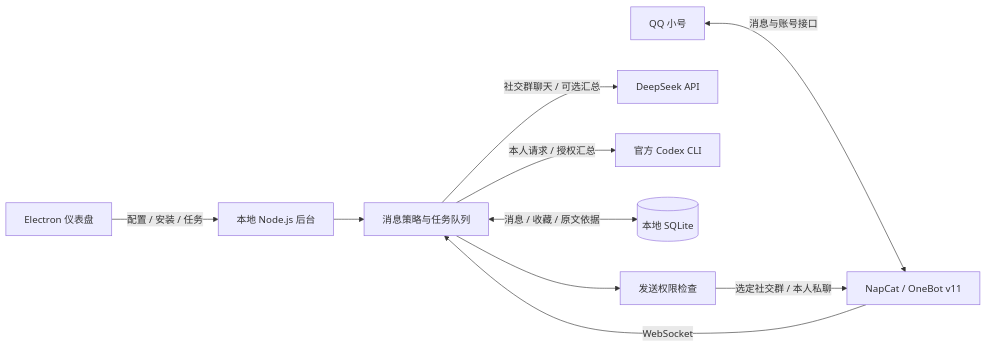
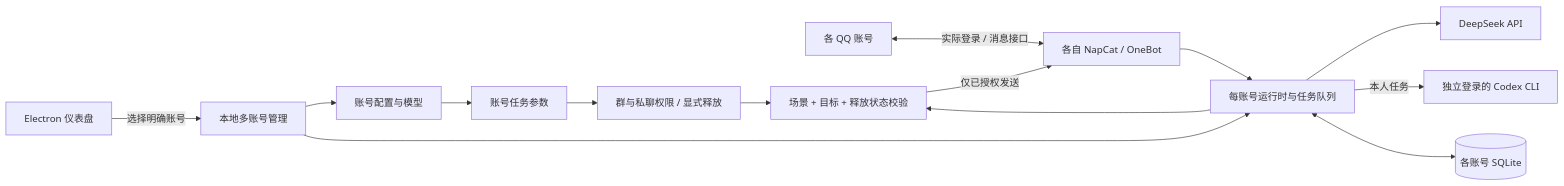
Before and after one commit to klwb360/QQ_Service: the diagram in README.md, drawn with Mermaid. The commit also changed other lines of this file and 36 other files, not shown here.

````diff
--- a/README.md
+++ b/README.md
@@ -49,12 +57,16 @@
 ```mermaid
 flowchart LR
-  UI[Electron 仪表盘] -->|配置 / 安装 / 任务| Backend[本地 Node.js 后台]
-  QQ[QQ 小号] <-->|消息与账号接口| NapCat[NapCat / OneBot v11]
-  NapCat -->|WebSocket| Runtime[消息策略与任务队列]
-  Backend --> Runtime
-  Runtime -->|社交群聊天 / 可选汇总| DS[DeepSeek API]
-  Runtime -->|本人请求 / 授权汇总| Codex[官方 Codex CLI]
-  Runtime <-->|消息 / 收藏 / 原文依据| DB[(本地 SQLite)]
-  Runtime --> Gate[发送权限检查]
-  Gate -->|选定社交群 / 本人私聊| NapCat
+  UI[Electron 仪表盘] -->|选择明确账号| Accounts[本地多账号管理]
+  Accounts --> Config[账号配置与模型]
+  Config --> Tasks[账号任务参数]
+  Tasks --> Permissions[群与私聊权限 / 显式释放]
+  QQ[各 QQ 账号] <-->|实际登录 / 消息接口| NapCat[各自 NapCat / OneBot]
+  NapCat --> Runtime[每账号运行时与任务队列]
+  Accounts --> Runtime
+  Runtime --> DS[DeepSeek API]
+  Runtime -->|本人任务| Codex[独立登录的 Codex CLI]
+  Runtime <--> DB[(各账号 SQLite)]
+  Runtime --> Gate[场景 + 目标 + 释放状态校验]
+  Permissions --> Gate
+  Gate -->|仅已授权发送| NapCat
 ```
````
